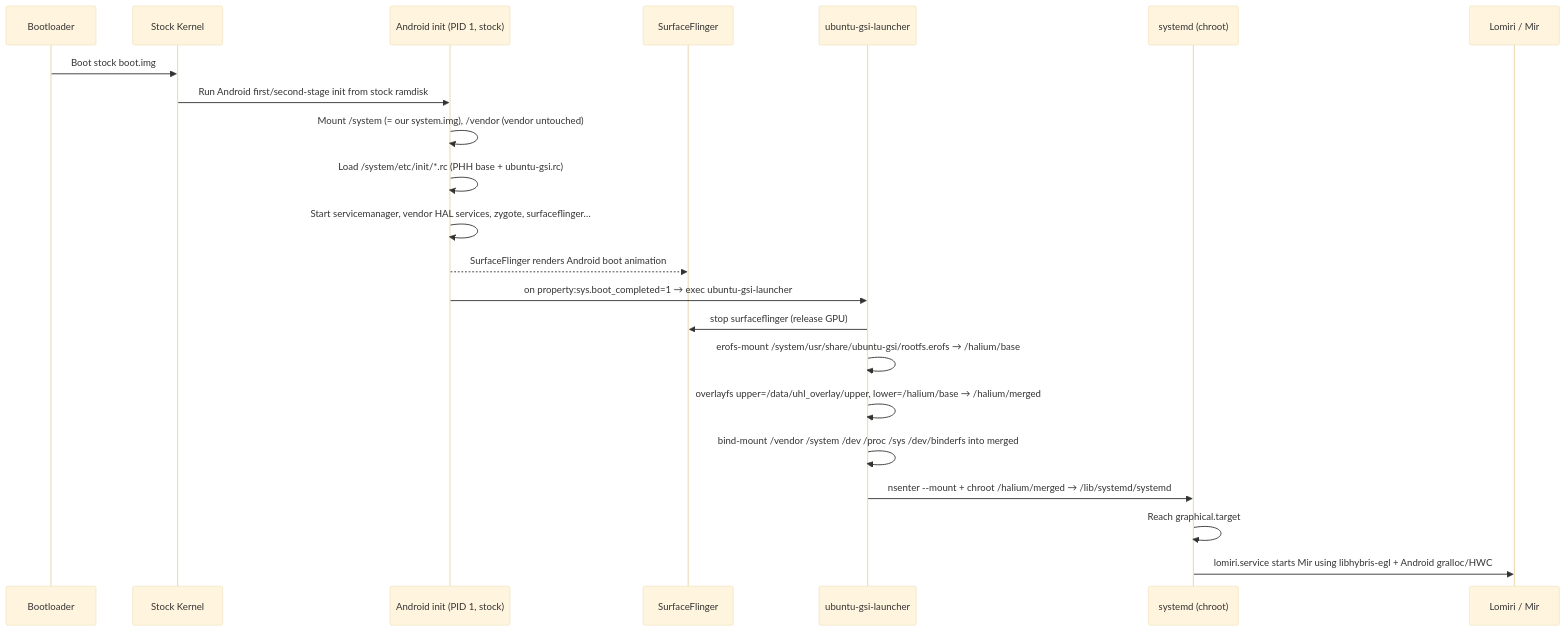
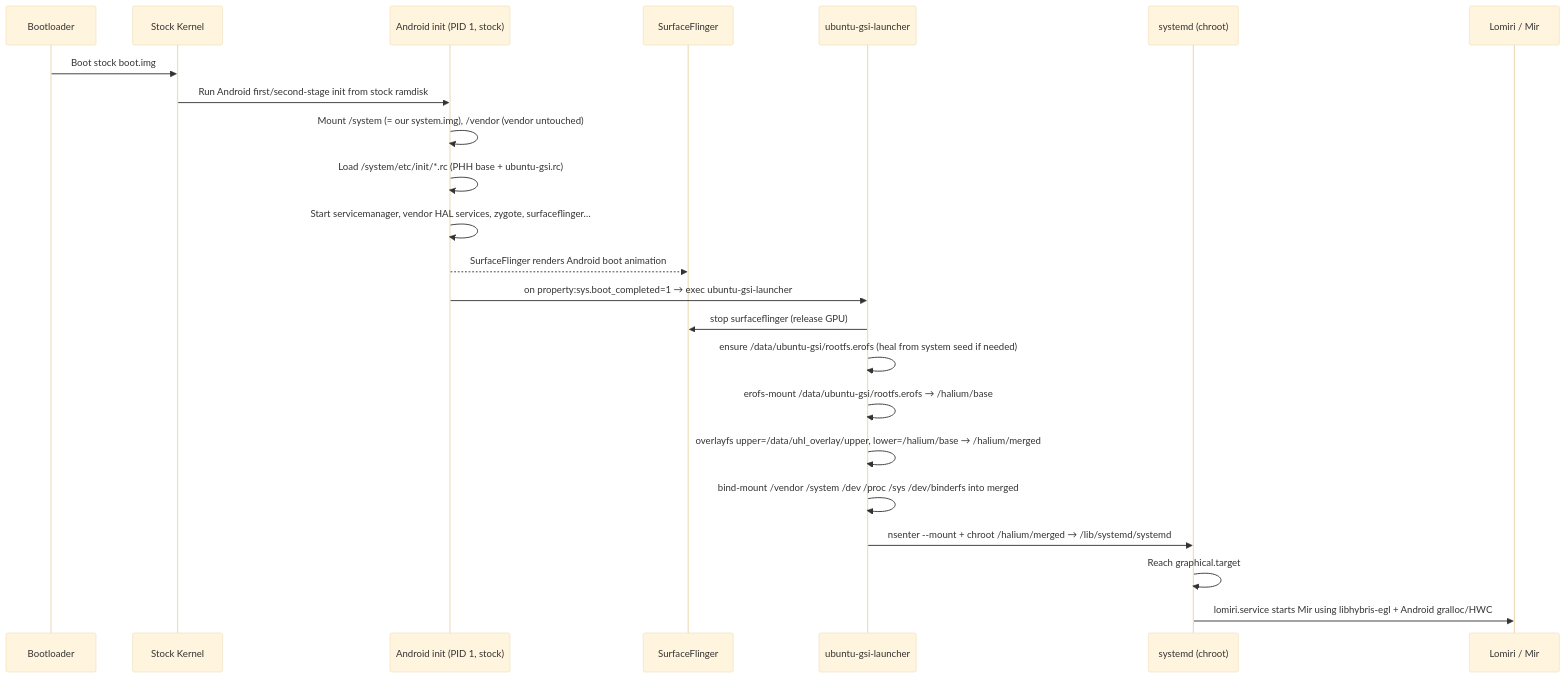
One commit to zerofrip/Ubuntu_Touch_AIDL_GSI changed the diagram in docs/halium-architecture.md. Above: the diagram before and after it, drawn with Mermaid (base theme). The commit also changed other lines of this file and 9 other files, not shown here.

First line of the commit message:
docs: align flash and rootfs seed with current Halium flow

````diff
--- a/docs/halium-architecture.md
+++ b/docs/halium-architecture.md
@@ -55,25 +57,26 @@
 ```mermaid
 sequenceDiagram
     participant BL as Bootloader
     participant K  as Stock Kernel
     participant AI as Android init (PID 1, stock)
     participant SF as SurfaceFlinger
     participant L  as ubuntu-gsi-launcher
     participant SD as systemd (chroot)
     participant LO as Lomiri / Mir
 
     BL->>K: Boot stock boot.img
     K->>AI: Run Android first/second-stage init from stock ramdisk
     AI->>AI: Mount /system (= our system.img), /vendor (vendor untouched)
     AI->>AI: Load /system/etc/init/*.rc (PHH base + ubuntu-gsi.rc)
     AI->>AI: Start servicemanager, vendor HAL services, zygote, surfaceflinger…
     AI-->>SF: SurfaceFlinger renders Android boot animation
     AI->>L: on property:sys.boot_completed=1 → exec ubuntu-gsi-launcher
     L->>SF: stop surfaceflinger (release GPU)
-    L->>L: erofs-mount /system/usr/share/ubuntu-gsi/rootfs.erofs → /halium/base
+    L->>L: ensure /data/ubuntu-gsi/rootfs.erofs (heal from system seed if needed)
+    L->>L: erofs-mount /data/ubuntu-gsi/rootfs.erofs → /halium/base
     L->>L: overlayfs upper=/data/uhl_overlay/upper, lower=/halium/base → /halium/merged
     L->>L: bind-mount /vendor /system /dev /proc /sys /dev/binderfs into merged
     L->>SD: nsenter --mount + chroot /halium/merged → /lib/systemd/systemd
     SD->>SD: Reach graphical.target
     SD->>LO: lomiri.service starts Mir using libhybris-egl + Android gralloc/HWC
 ```
````
